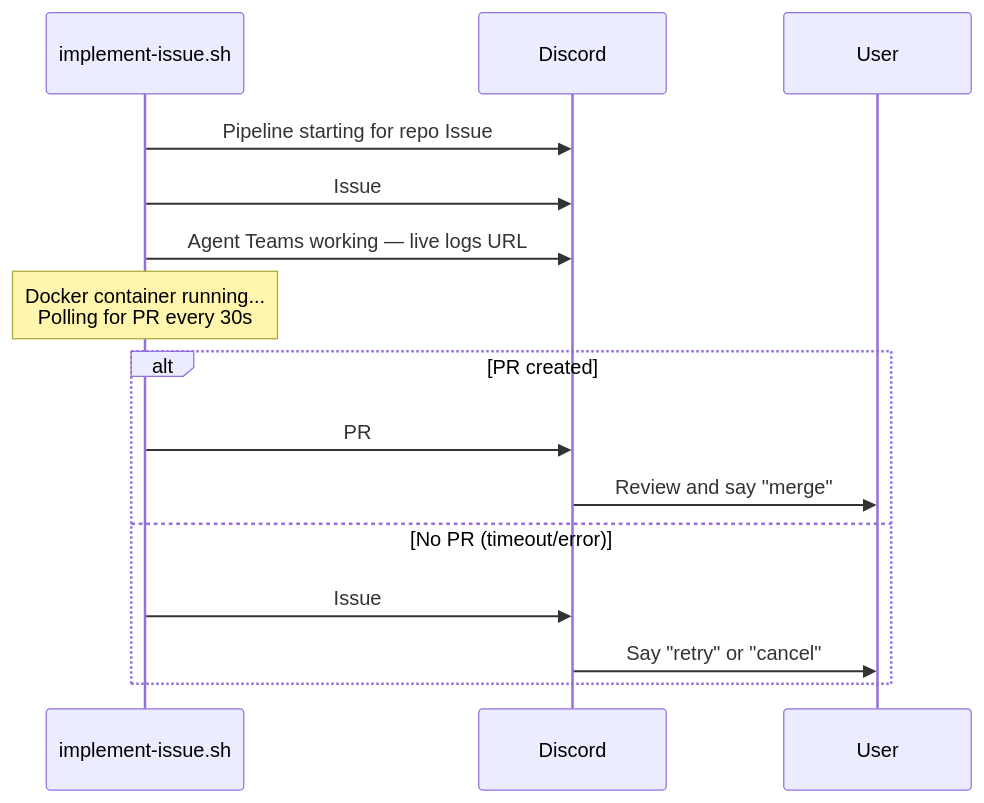
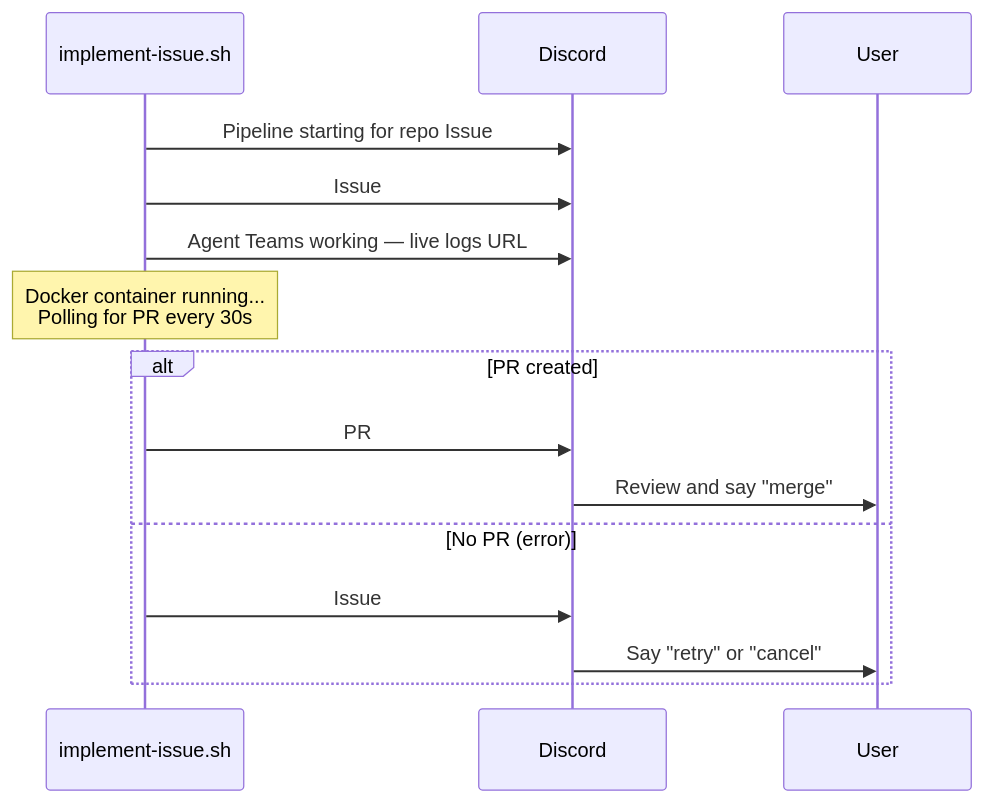
One commit to 0dot01/code-build-pipeline changed the third of 4 diagrams in README.md. Above: the diagram before and after it, drawn with Mermaid. The commit also changed other lines of this file and 2 other files, not shown here.

Commit message:
remove 30min timeout from pipeline
Container runs until PR is detected or process exits naturally.
Stuck threshold in errors.md changed to 24h.

````diff
--- a/README.md
+++ b/README.md
@@ -115,20 +114,20 @@
 ```mermaid
 sequenceDiagram
     participant S as implement-issue.sh
     participant D as Discord
     participant U as User
 
     S->>D: Pipeline starting for repo Issue #N
     S->>D: Issue #N: title, label
     S->>D: Agent Teams working — live logs URL
 
     Note over S: Docker container running...<br/>Polling for PR every 30s
 
     alt PR created
         S->>D: PR #N ready! +additions -deletions
         D->>U: Review and say "merge"
-    else No PR (timeout/error)
+    else No PR (error)
         S->>D: Issue #N failed — no PR created
         D->>U: Say "retry" or "cancel"
     end
 ```
````
